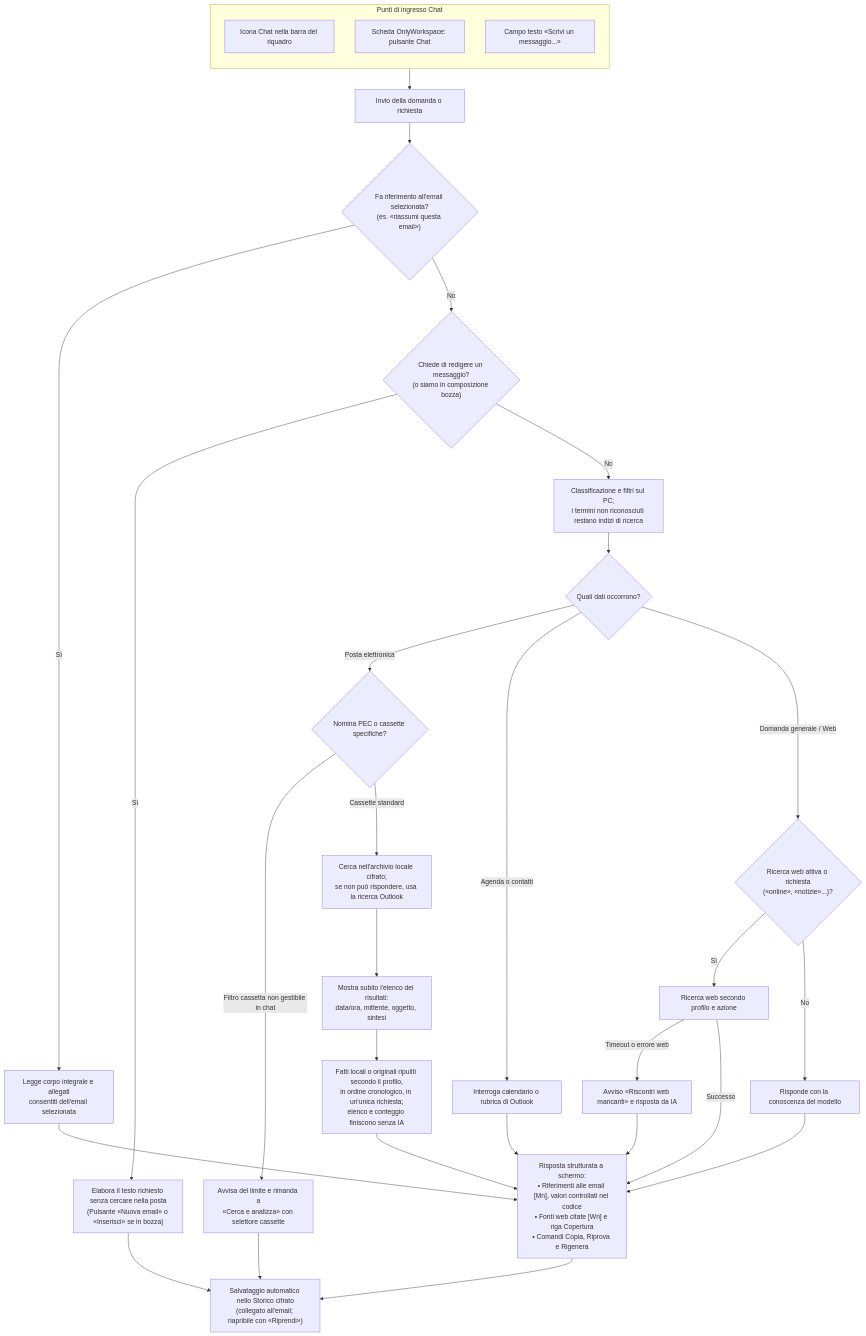
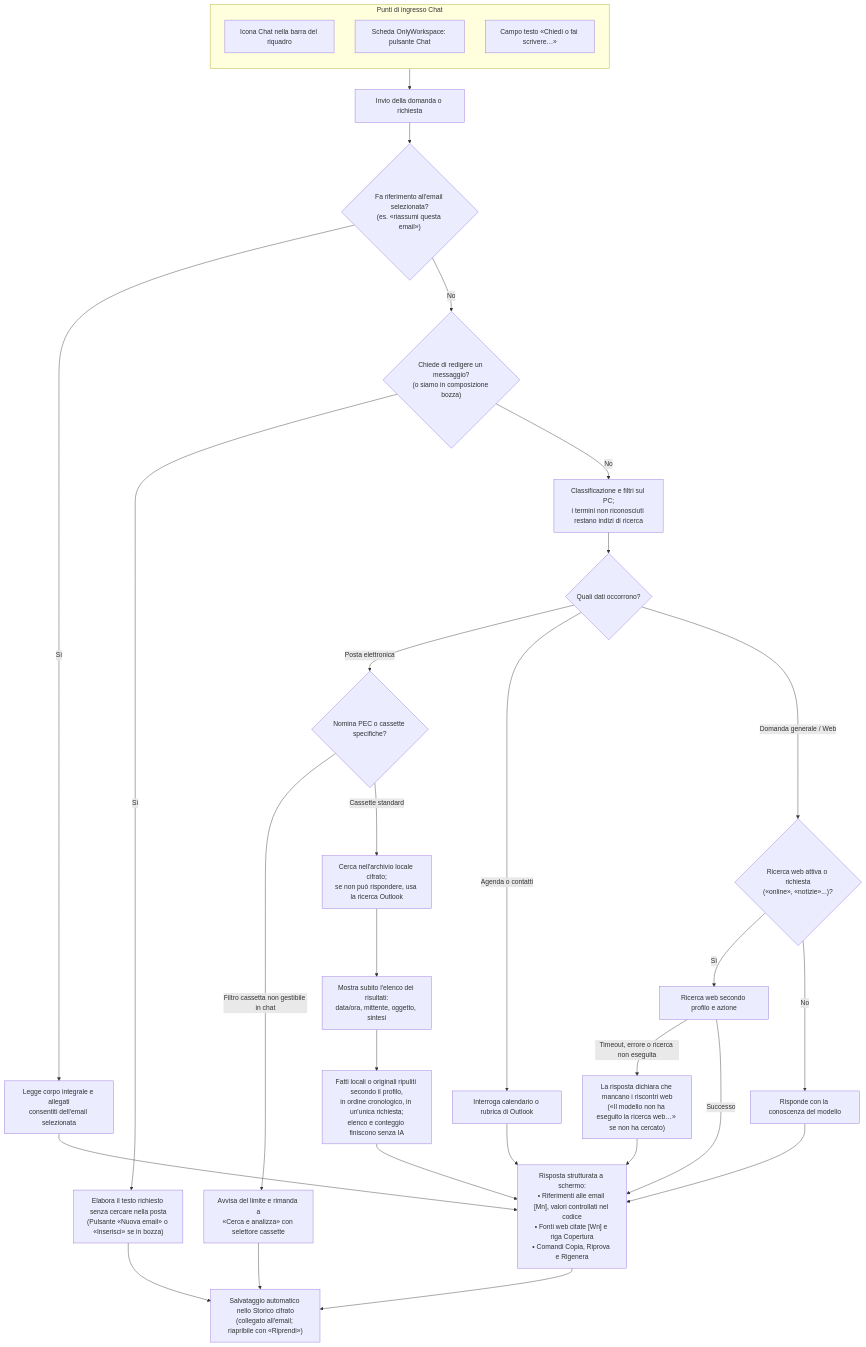
One commit to dennidalpos/OnlyWorkspace changed the third of 6 diagrams in docs/utente/guida-visiva.md. Above: the diagram before and after it, drawn with Mermaid. The commit also changed other lines of this file and 7 other files, not shown here.

````diff
--- a/docs/utente/guida-visiva.md
+++ b/docs/utente/guida-visiva.md
@@ -141,45 +141,45 @@
 ```mermaid
 flowchart TD
     subgraph INGRESSO_CHAT["Punti di ingresso Chat"]
         direction TB
         K1["Icona Chat nella barra del riquadro"]
         K2["Scheda OnlyWorkspace: pulsante Chat"]
-        K3["Campo testo «Scrivi un messaggio...»"]
+        K3["Campo testo «Chiedi o fai scrivere…»"]
     end
 
     INGRESSO_CHAT --> DOMANDA["Invio della domanda o richiesta"]
 
     DOMANDA --> VERIF_EMAIL{"Fa riferimento all'email selezionata?<br/>(es. «riassumi questa email»)"}
     VERIF_EMAIL -->|"Sì"| LETTURA_SEL["Legge corpo integrale e allegati<br/>consentiti dell'email selezionata"]
     LETTURA_SEL --> RISP_FINALE
 
     VERIF_EMAIL -->|"No"| VERIF_SCRIV{"Chiede di redigere un messaggio?<br/>(o siamo in composizione bozza)"}
     VERIF_SCRIV -->|"Sì"| FLUSSO_SCRIV["Elabora il testo richiesto senza cercare nella posta<br/>(Pulsante «Nuova email» o «Inserisci» se in bozza)"]
     FLUSSO_SCRIV --> SALVA_STORICO
 
     VERIF_SCRIV -->|"No"| FILTRI_LOC["Classificazione e filtri sul PC;<br/>i termini non riconosciuti restano indizi di ricerca"]
     FILTRI_LOC --> ROUTE_DATI{"Quali dati occorrono?"}
 
     ROUTE_DATI -->|"Posta elettronica"| CHECK_PEC{"Nomina PEC o cassette specifiche?"}
     CHECK_PEC -->|"Filtro cassetta non gestibile in chat"| AVVISO_PEC["Avvisa del limite e rimanda a<br/>«Cerca e analizza» con selettore cassette"]
     CHECK_PEC -->|"Cassette standard"| CERCA_POSTA["Cerca nell'archivio locale cifrato;<br/>se non può rispondere, usa la ricerca Outlook"]
 
     ROUTE_DATI -->|"Agenda o contatti"| CERCA_OUTLOOK["Interroga calendario o rubrica di Outlook"]
     CERCA_OUTLOOK --> RISP_FINALE
 
     ROUTE_DATI -->|"Domanda generale / Web"| CHECK_WEB{"Ricerca web attiva o richiesta<br/>(«online», «notizie»...)?"}
     CHECK_WEB -->|"Sì"| CALL_WEB["Ricerca web secondo profilo e azione"]
     CHECK_WEB -->|"No"| SOLO_MODELLO["Risponde con la conoscenza del modello"]
-    CALL_WEB -->|"Timeout o errore web"| RECUPERO_WEB["Avviso «Riscontri web mancanti» e risposta da IA"]
+    CALL_WEB -->|"Timeout, errore o ricerca non eseguita"| RECUPERO_WEB["La risposta dichiara che mancano i riscontri web<br/>(«Il modello non ha eseguito la ricerca web…» se non ha cercato)"]
     RECUPERO_WEB --> RISP_FINALE
     CALL_WEB -->|"Successo"| RISP_FINALE
     SOLO_MODELLO --> RISP_FINALE
 
     CERCA_POSTA --> ELENCO_IMMED["Mostra subito l'elenco dei risultati:<br/>data/ora, mittente, oggetto, sintesi"]
     ELENCO_IMMED --> CHIAMATA_UNICA["Fatti locali o originali ripuliti secondo il profilo,<br/>in ordine cronologico, in un'unica richiesta;<br/>elenco e conteggio finiscono senza IA"]
     CHIAMATA_UNICA --> RISP_FINALE
 
     AVVISO_PEC --> SALVA_STORICO
     RISP_FINALE["Risposta strutturata a schermo:<br/>• Riferimenti alle email [Mn], valori controllati nel codice<br/>• Fonti web citate [Wn] e riga Copertura<br/>• Comandi Copia, Riprova e Rigenera"]
     RISP_FINALE --> SALVA_STORICO["Salvataggio automatico nello Storico cifrato<br/>(collegato all'email; riapribile con «Riprendi»)"]
 ```
````
